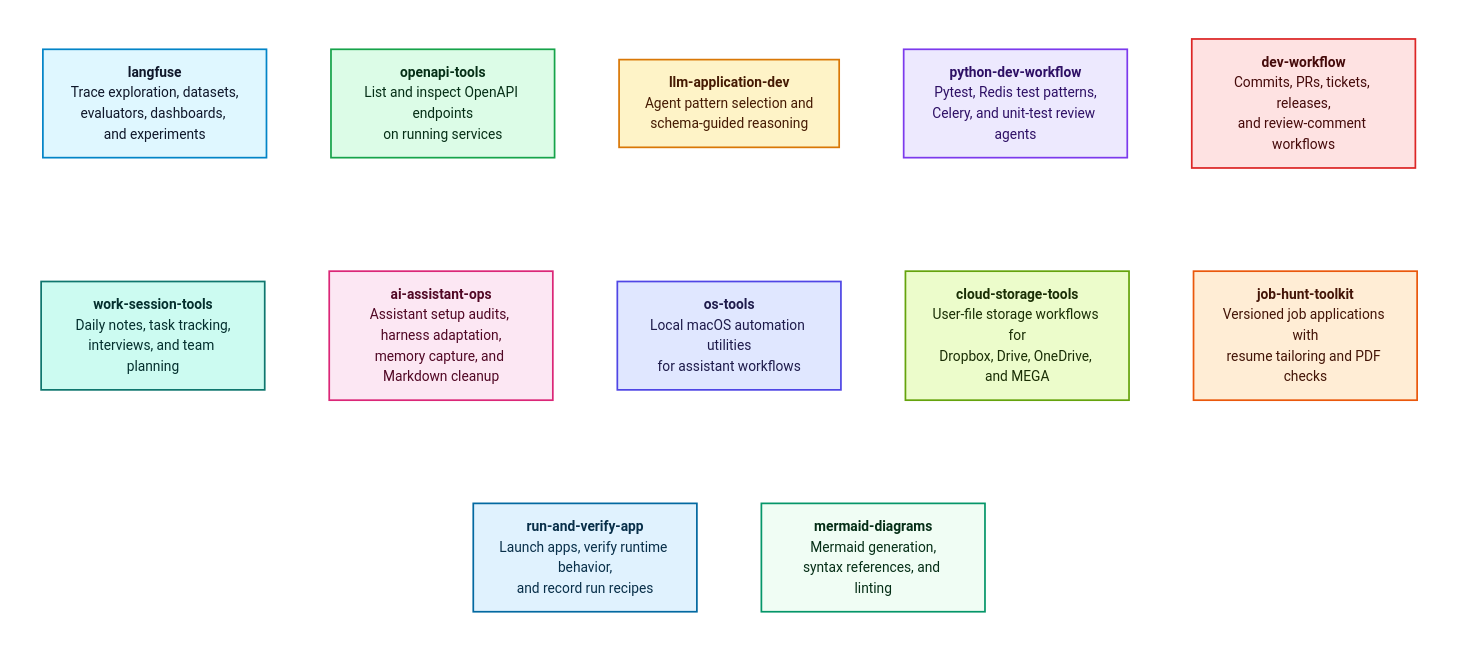
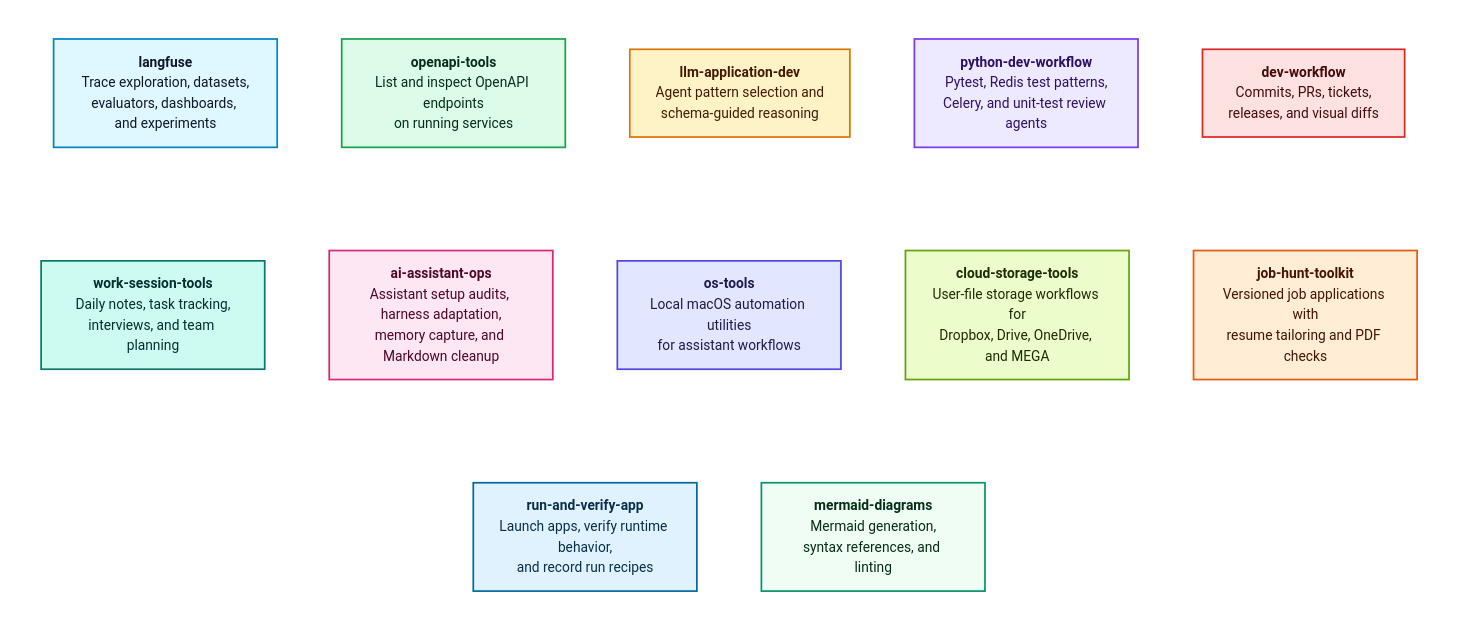
One commit to Alex-Kopylov/zweihander changed the diagram in README.md. Above: the diagram before and after it, drawn with Mermaid. The commit also changed other lines of this file and 7 other files, not shown here.

````diff
--- a/README.md
+++ b/README.md
@@ -12,73 +12,73 @@
 ```mermaid
 flowchart TB
 
 subgraph RowOne[" "]
   direction LR
   Langfuse["`**langfuse**
   Trace exploration, datasets,
   evaluators, dashboards, and experiments`"]:::langfuse
   OpenAPITools["`**openapi-tools**
   List and inspect OpenAPI endpoints
   on running services`"]:::openapi
   LLMApplicationDev["`**llm-application-dev**
   Agent pattern selection and
   schema-guided reasoning`"]:::llm
   PythonDevWorkflow["`**python-dev-workflow**
   Pytest, Redis test patterns,
   Celery, and unit-test review agents`"]:::python
   DevWorkflow["`**dev-workflow**
-  Commits, PRs, tickets, releases,
-  and review-comment workflows`"]:::dev
+  Commits, PRs, tickets,
+  releases, and visual diffs`"]:::dev
 end
 
 subgraph RowTwo[" "]
   direction LR
   WorkSessionTools["`**work-session-tools**
   Daily notes, task tracking,
   interviews, and team planning`"]:::session
   AIAssistantOps["`**ai-assistant-ops**
   Assistant setup audits, harness adaptation,
   memory capture, and Markdown cleanup`"]:::ops
   OSTools["`**os-tools**
   Local macOS automation utilities
   for assistant workflows`"]:::os
   CloudStorageTools["`**cloud-storage-tools**
   User-file storage workflows for
   Dropbox, Drive, OneDrive, and MEGA`"]:::storage
   JobHuntToolkit["`**job-hunt-toolkit**
   Versioned job applications with
   resume tailoring and PDF checks`"]:::job
 end
 
 subgraph RowThree[" "]
   direction LR
   RunAndVerifyApp["`**run-and-verify-app**
   Launch apps, verify runtime behavior,
   and record run recipes`"]:::runverify
   MermaidDiagrams["`**mermaid-diagrams**
   Mermaid generation,
   syntax references, and linting`"]:::mermaid
 end
 
 Langfuse ~~~ OpenAPITools ~~~ LLMApplicationDev ~~~ PythonDevWorkflow ~~~ DevWorkflow
 WorkSessionTools ~~~ AIAssistantOps ~~~ OSTools ~~~ CloudStorageTools ~~~ JobHuntToolkit
 RowOne ~~~ RowTwo
 RowTwo ~~~ RowThree
 RunAndVerifyApp ~~~ MermaidDiagrams
 
 classDef langfuse fill:#dff7ff,stroke:#0284c7,stroke-width:2px,color:#0f172a;
 classDef openapi fill:#dcfce7,stroke:#16a34a,stroke-width:2px,color:#052e16;
 classDef llm fill:#fef3c7,stroke:#d97706,stroke-width:2px,color:#451a03;
 classDef python fill:#ede9fe,stroke:#7c3aed,stroke-width:2px,color:#2e1065;
 classDef dev fill:#fee2e2,stroke:#dc2626,stroke-width:2px,color:#450a0a;
 classDef runverify fill:#e0f2fe,stroke:#0369a1,stroke-width:2px,color:#082f49;
 classDef session fill:#ccfbf1,stroke:#0f766e,stroke-width:2px,color:#042f2e;
 classDef ops fill:#fce7f3,stroke:#db2777,stroke-width:2px,color:#500724;
 classDef os fill:#e0e7ff,stroke:#4f46e5,stroke-width:2px,color:#1e1b4b;
 classDef storage fill:#ecfccb,stroke:#65a30d,stroke-width:2px,color:#1a2e05;
 classDef job fill:#ffedd5,stroke:#ea580c,stroke-width:2px,color:#431407;
 classDef mermaid fill:#f0fdf4,stroke:#059669,stroke-width:2px,color:#052e16;
 style RowOne fill:transparent,stroke:transparent,color:transparent;
 style RowTwo fill:transparent,stroke:transparent,color:transparent;
 style RowThree fill:transparent,stroke:transparent,color:transparent;
 ```
````
